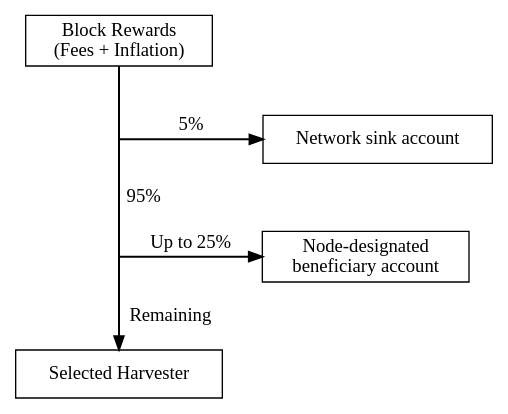
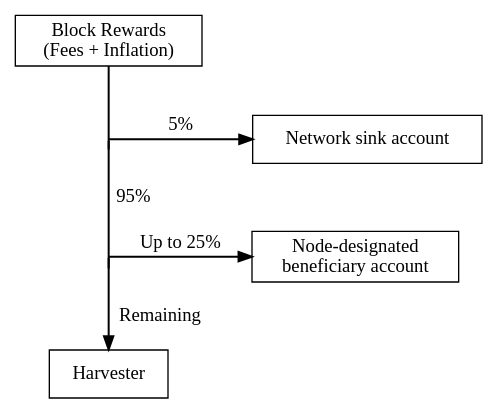
The diagram in mkdocs/pages/en/textbook/harvesting.md (symbol/symbol), drawn with Graphviz before and after one commit. The commit also changed other lines of this file and 6 other files, not shown here.

````diff
--- a/mkdocs/pages/en/textbook/harvesting.md
+++ b/mkdocs/pages/en/textbook/harvesting.md
@@ -157,23 +149,23 @@
 ```dot
 digraph RewardDistribution {
     node [shape=box]
     edge [penwidth=1.5]
 
     BlockRewards [label="Block Rewards\n(Fees + Inflation)"]
-    Harvester [label="Selected Harvester" URL="#harvester"]
+    Harvester [label="Harvester" URL="#harvester"]
     Sink [label="Network sink account" URL="#sink"]
     Beneficiary [label="Node-designated\nbeneficiary account" URL="#beneficiary"]
 
     T1 [shape=point width=0 height=0]
     T2 [shape=point width=0 height=0]
 
     BlockRewards -> T1:s [dir=none];
     T1 -> T2:s [label=" 95%" weight=2 dir=none];
     T1 -> Sink [label="5%" minlen=3];
     T2 -> Harvester [label="Remaining" weight=2];
     T2 -> Beneficiary [label="Up to 25%" minlen=3];
 
     {rank=same; T1; Sink;}
     {rank=same; T2; Beneficiary;}
 }
 ```
````
